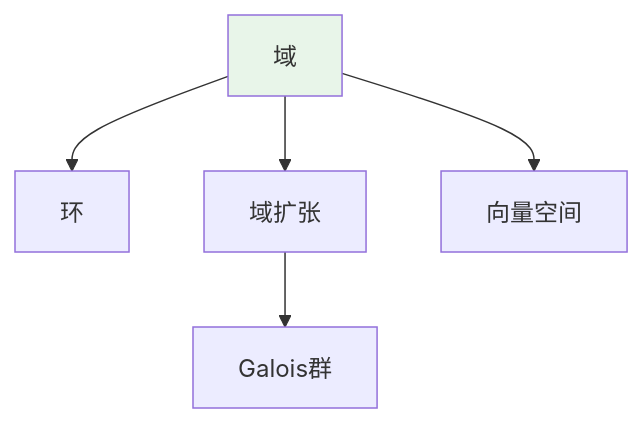
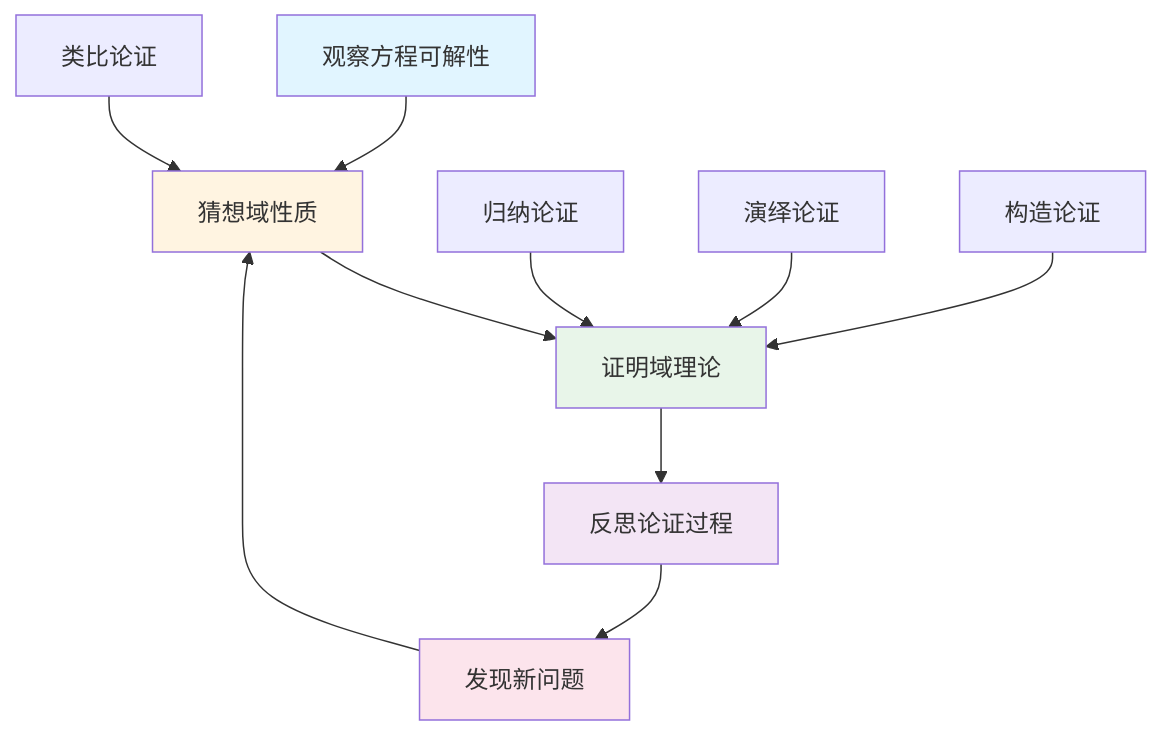
One commit to AdaMartin18010/FormalMath changed the fifth of 10 diagrams in concept/核心概念/10-域.md. Above: the diagram before and after it, drawn with Mermaid. The commit also changed other lines of this file and 4793 other files, not shown here.

````diff
--- a/concept/核心概念/10-域.md
+++ b/concept/核心概念/10-域.md
@@ -687,9 +1476,19 @@
 ```mermaid
 graph TD
-    A[域] --> B[环]
-    A --> C[域扩张]
-    C --> D[Galois群]
-    A --> E[向量空间]
+    A[观察方程可解性] --> B[猜想域性质]
+    B --> C[证明域理论]
+    C --> D[反思论证过程]
+    D --> E[发现新问题]
+    E --> B
 
-    style A fill:#e8f5e9
+    F[归纳论证] --> C
+    G[演绎论证] --> C
+    H[类比论证] --> B
+    I[构造论证] --> C
+
+    style A fill:#e1f5ff
+    style B fill:#fff4e1
+    style C fill:#e8f5e9
+    style D fill:#f3e5f5
+    style E fill:#fce4ec
 ```
````
